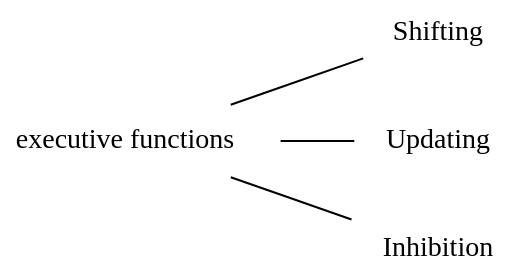
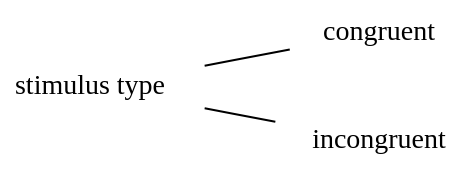
The second of 4 diagrams in FoundationsOfExecutiveFunctions.qmd (GermanoGallicchio/learning), drawn with Graphviz before and after one commit. The commit also changed other lines of this file, not shown here.

````diff
--- a/FoundationsOfExecutiveFunctions.qmd
+++ b/FoundationsOfExecutiveFunctions.qmd
@@ -200,13 +305,15 @@
 ```{dot}
-//| fig-width: 5
+//| fig-width: 8
 digraph {
     node [shape=plaintext]
     edge [arrowhead=none]
     rankdir=LR
     bgcolor="transparent"
 
-    EF [label = "executive functions"]
-
-    EF -> {Shifting; Updating; Inhibition}
+    ST [label = "stimulus type"]
+    C [label = "congruent"]
+    I [label = "incongruent"]
+    
+    ST -> {C; I}
 }
 ```
````
